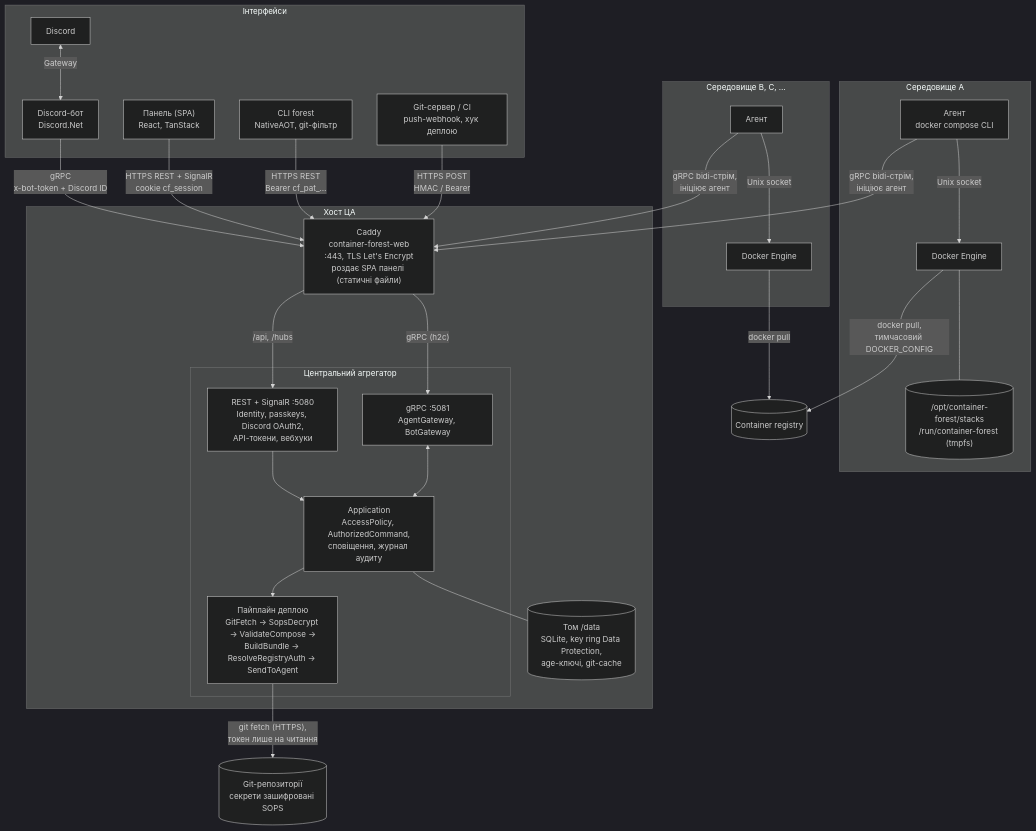
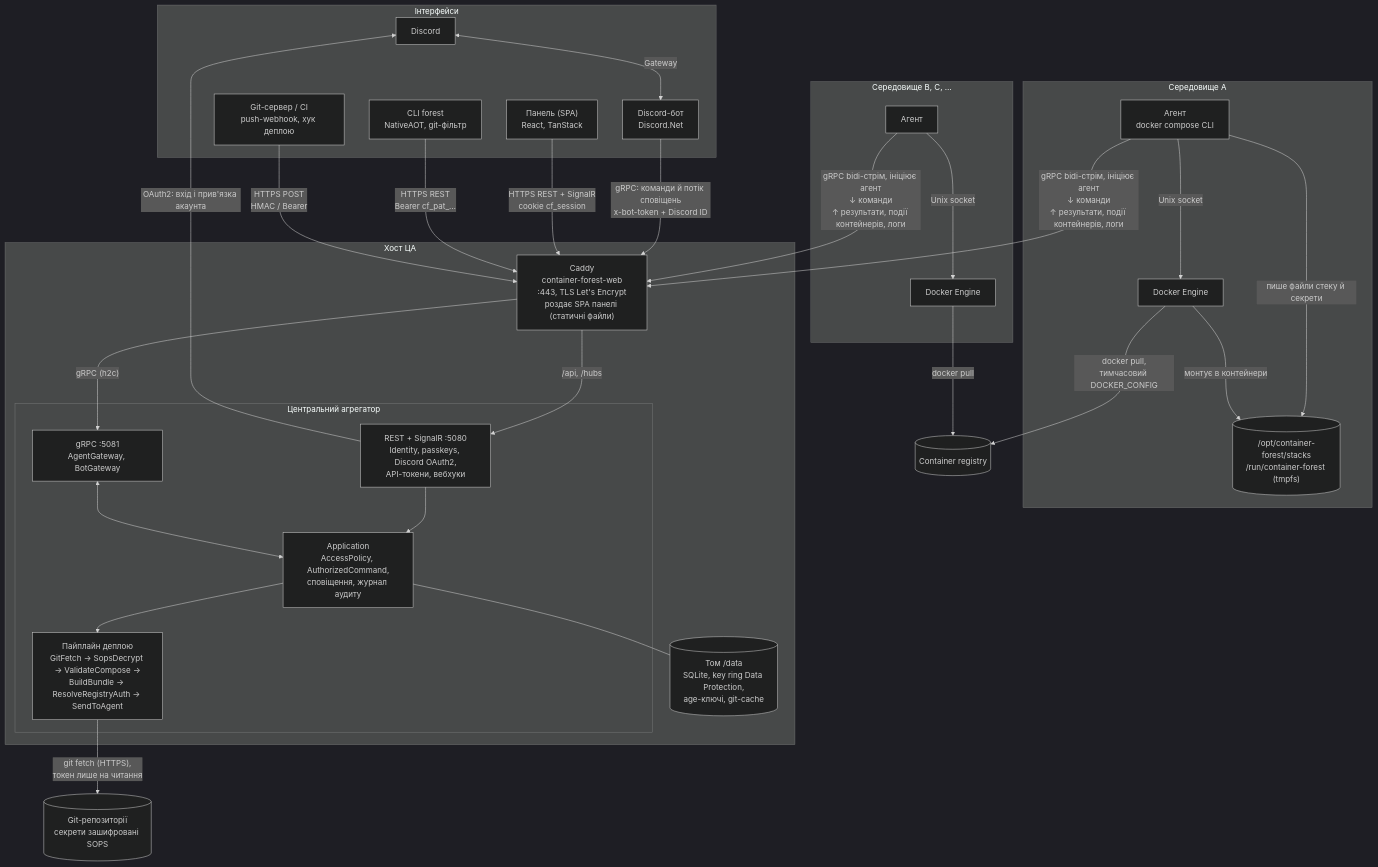
Before and after one commit to container-forest/container-forest: the first of 2 diagrams in docs/architecture.md, drawn with Mermaid (dark theme). The commit also changed other lines of this file and 2 other files, not shown here.

First line of the commit message:
docs: refine architecture diagrams and add deployment sequence

````diff
--- a/docs/architecture.md
+++ b/docs/architecture.md
@@ -43,48 +43,50 @@
 ```mermaid
 flowchart TB
   subgraph Clients["Інтерфейси"]
     Discord["Discord"] <-->|"Gateway"| Bot["Discord-бот<br/>Discord.Net"]
     UI["Панель (SPA)<br/>React, TanStack"]
     Cli["CLI forest<br/>NativeAOT, git-фільтр"]
     Hooks["Git-сервер / CI<br/>push-webhook, хук деплою"]
   end
 
   subgraph EnvB["Середовище B, C, …"]
     EA2["Агент"] -->|"Unix socket"| D2["Docker Engine"]
   end
 
   subgraph EnvA["Середовище A"]
     EA1["Агент<br/>docker compose CLI"] -->|"Unix socket"| D1["Docker Engine"]
     S1[("/opt/container-forest/stacks<br/>/run/container-forest (tmpfs)")]
-    D1 --- S1
+    EA1 -->|"пише файли стеку й секрети"| S1
+    D1 -->|"монтує в контейнери"| S1
   end
   subgraph Host["Хост ЦА"]
     Caddy["Caddy<br/>container-forest-web<br/>:443, TLS Let's Encrypt<br/>роздає SPA панелі (статичні файли)"]
     subgraph CA["Центральний агрегатор"]
       Rest["REST + SignalR :5080<br/>Identity, passkeys, Discord OAuth2,<br/>API-токени, вебхуки"]
       Grpc["gRPC :5081<br/>AgentGateway, BotGateway"]
       App["Application<br/>AccessPolicy, AuthorizedCommand,<br/>сповіщення, журнал аудиту"]
       Pipe["Пайплайн деплою<br/>GitFetch → SopsDecrypt → ValidateCompose →<br/>BuildBundle → ResolveRegistryAuth → SendToAgent"]
       Rest --> App
       Grpc <--> App
       App --> Pipe
     end
     Data[("Том /data<br/>SQLite, key ring Data Protection,<br/>age-ключі, git-cache")]
     Caddy -->|"/api, /hubs"| Rest
     Caddy -->|"gRPC (h2c)"| Grpc
     App --- Data
   end
 
   Git[("Git-репозиторії<br/>секрети зашифровані SOPS")]
   Reg[("Container registry")]
 
-  Bot -->|"gRPC<br/>x-bot-token + Discord ID"| Caddy
+  Bot -->|"gRPC: команди й потік сповіщень<br/>x-bot-token + Discord ID"| Caddy
   UI -->|"HTTPS REST + SignalR<br/>cookie cf_session"| Caddy
   Cli -->|"HTTPS REST<br/>Bearer cf_pat_…"| Caddy
   Hooks -->|"HTTPS POST<br/>HMAC / Bearer"| Caddy
-  EA1 -->|"gRPC bidi-стрім,<br/>ініціює агент"| Caddy
-  EA2 -->|"gRPC bidi-стрім,<br/>ініціює агент"| Caddy
+  EA1 -->|"gRPC bidi-стрім, ініціює агент<br/>↓ команди<br/>↑ результати, події контейнерів, логи"| Caddy
+  EA2 -->|"gRPC bidi-стрім, ініціює агент<br/>↓ команди<br/>↑ результати, події контейнерів, логи"| Caddy
   Pipe -->|"git fetch (HTTPS),<br/>токен лише на читання"| Git
   D1 -->|"docker pull,<br/>тимчасовий DOCKER_CONFIG"| Reg
   D2 -->|"docker pull"| Reg
+  Rest -->|"OAuth2: вхід і прив'язка акаунта"| Discord
 ```
````
